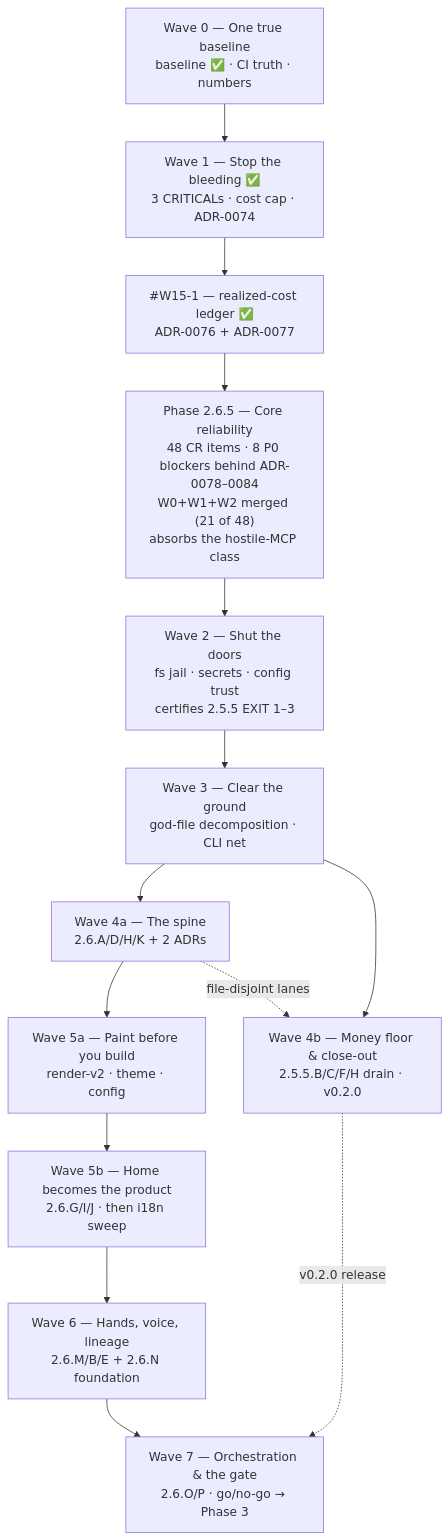
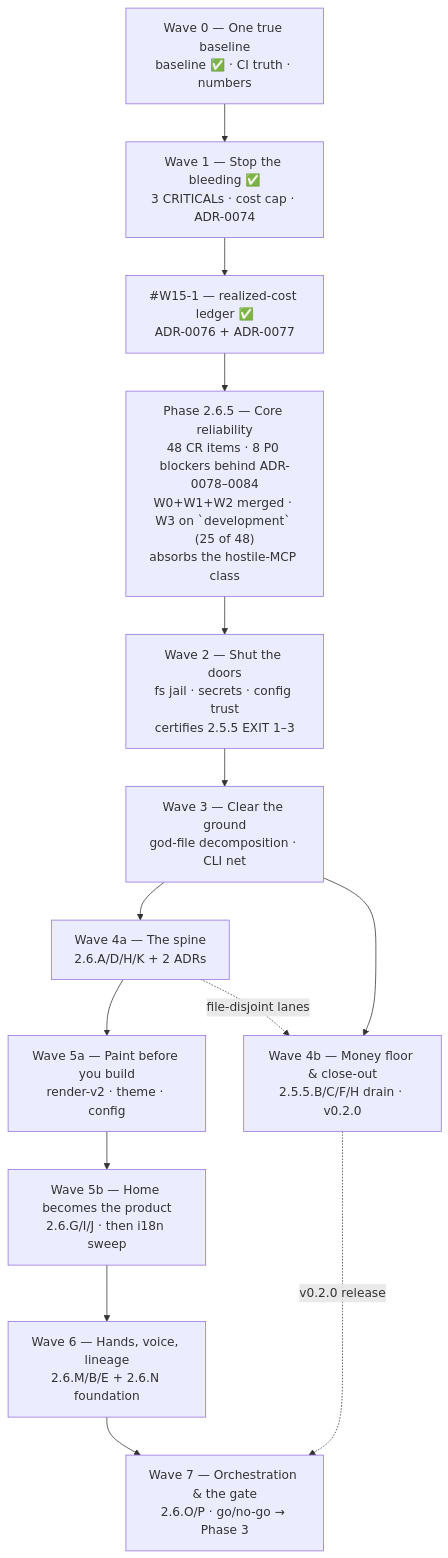
Before and after one commit to HodeTech/Relavium: the diagram in docs/roadmap/current.md, drawn with Mermaid. The commit also changed other lines of this file and 3 other files, not shown here.

First line of the commit message:
docs(roadmap): close W3 with its register, and carry the count to five homes

````diff
--- a/docs/roadmap/current.md
+++ b/docs/roadmap/current.md
@@ -89,19 +89,19 @@
 ```mermaid
 flowchart TD
     W0["Wave 0 — One true baseline<br/>baseline ✅ · CI truth · numbers"]
     W1["Wave 1 — Stop the bleeding ✅<br/>3 CRITICALs · cost cap · ADR-0074"]
     LEDGER["#W15-1 — realized-cost ledger ✅<br/>ADR-0076 + ADR-0077"]
-    P265["Phase 2.6.5 — Core reliability<br/>48 CR items · 8 P0 blockers behind ADR-0078–0084<br/>W0+W1+W2 merged (21 of 48)<br/>absorbs the hostile-MCP class"]
+    P265["Phase 2.6.5 — Core reliability<br/>48 CR items · 8 P0 blockers behind ADR-0078–0084<br/>W0+W1+W2 merged · W3 on `development` (25 of 48)<br/>absorbs the hostile-MCP class"]
     W2["Wave 2 — Shut the doors<br/>fs jail · secrets · config trust<br/>certifies 2.5.5 EXIT 1–3"]
     W3["Wave 3 — Clear the ground<br/>god-file decomposition · CLI net"]
     W4a["Wave 4a — The spine<br/>2.6.A/D/H/K + 2 ADRs"]
     W4b["Wave 4b — Money floor & close-out<br/>2.5.5.B/C/F/H drain · v0.2.0"]
     W5a["Wave 5a — Paint before you build<br/>render-v2 · theme · config"]
     W5b["Wave 5b — Home becomes the product<br/>2.6.G/I/J · then i18n sweep"]
     W6["Wave 6 — Hands, voice, lineage<br/>2.6.M/B/E + 2.6.N foundation"]
     W7["Wave 7 — Orchestration & the gate<br/>2.6.O/P · go/no-go → Phase 3"]
     W0 --> W1 --> LEDGER --> P265 --> W2 --> W3 --> W4a --> W5a --> W5b --> W6 --> W7
     W3 --> W4b
     W4b -.->|v0.2.0 release| W7
     W4a -.->|file-disjoint lanes| W4b
 ```
````
